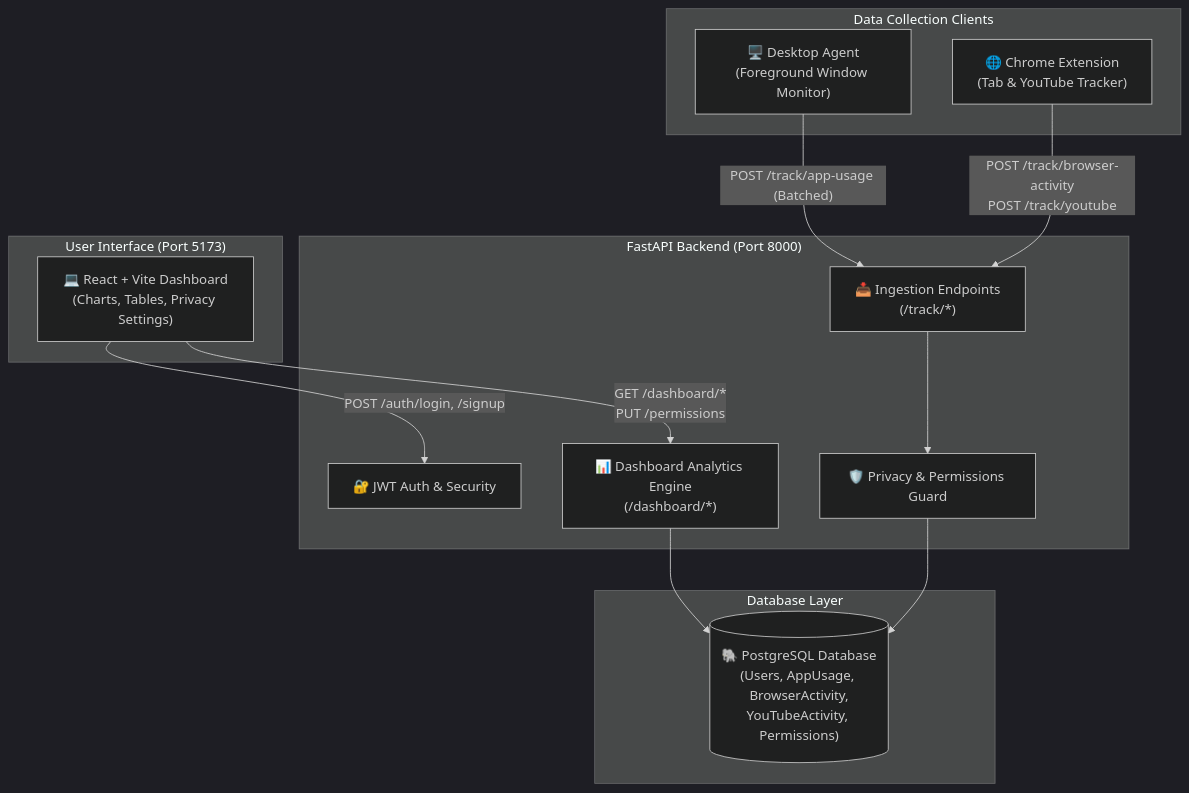
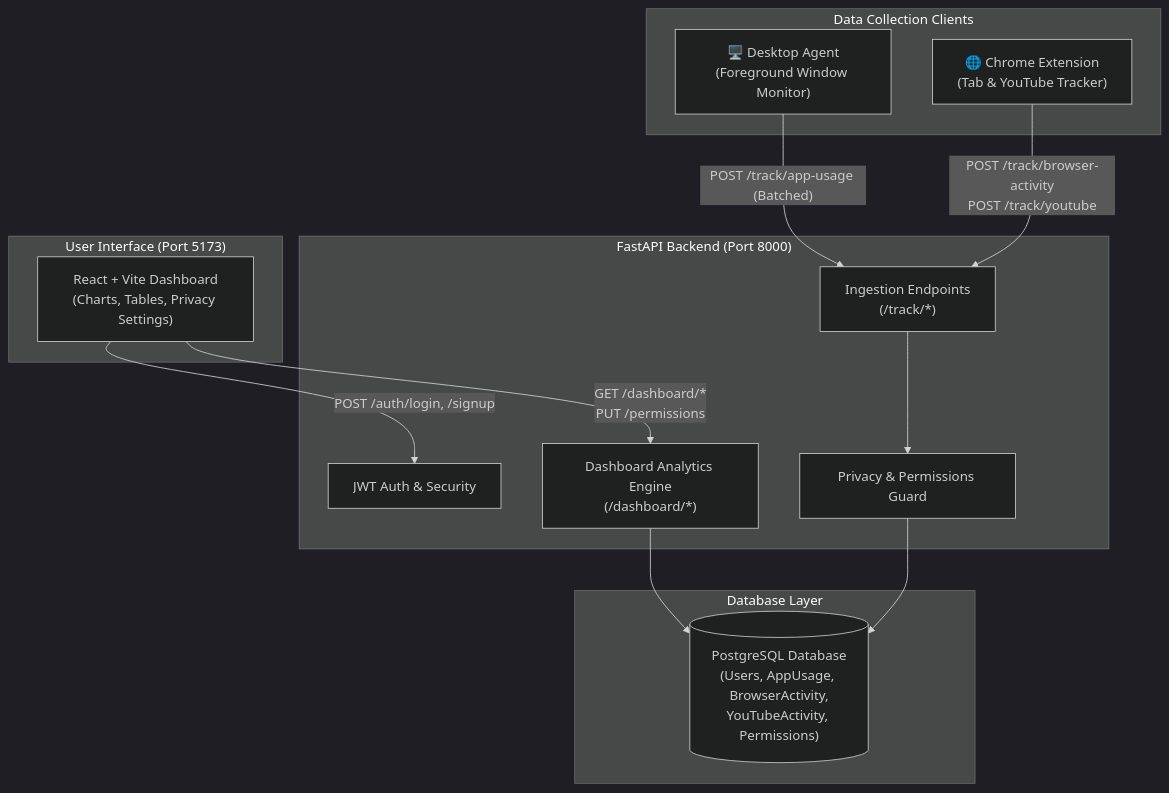
The diagram in README.md (poojakp2003/Traceo), drawn with Mermaid (dark theme) before and after one commit. The commit also changed other lines of this file, not shown here.

````diff
--- a/README.md
+++ b/README.md
@@ -39,31 +39,31 @@
 ```mermaid
 flowchart TD
     subgraph Clients["Data Collection Clients"]
         DA["🖥️ Desktop Agent\n(Foreground Window Monitor)"]
         CE["🌐 Chrome Extension\n(Tab & YouTube Tracker)"]
     end
 
     subgraph Server["FastAPI Backend (Port 8000)"]
-        AUTH["🔐 JWT Auth & Security"]
-        PERM["🛡️ Privacy & Permissions Guard"]
-        INGEST["📥 Ingestion Endpoints\n(/track/*)"]
-        DASH_API["📊 Dashboard Analytics Engine\n(/dashboard/*)"]
+        AUTH["JWT Auth & Security"]
+        PERM["Privacy & Permissions Guard"]
+        INGEST["Ingestion Endpoints\n(/track/*)"]
+        DASH_API["Dashboard Analytics Engine\n(/dashboard/*)"]
     end
 
     subgraph Storage["Database Layer"]
-        DB[("🐘 PostgreSQL Database\n(Users, AppUsage, BrowserActivity,\nYouTubeActivity, Permissions)")]
+        DB[("PostgreSQL Database\n(Users, AppUsage, BrowserActivity,\nYouTubeActivity, Permissions)")]
     end
 
     subgraph UI["User Interface (Port 5173)"]
-        WEB["💻 React + Vite Dashboard\n(Charts, Tables, Privacy Settings)"]
+        WEB[" React + Vite Dashboard\n(Charts, Tables, Privacy Settings)"]
     end
 
     DA -- "POST /track/app-usage (Batched)" --> INGEST
     CE -- "POST /track/browser-activity\nPOST /track/youtube" --> INGEST
     INGEST --> PERM
     PERM --> DB
 
     WEB -- "POST /auth/login, /signup" --> AUTH
     WEB -- "GET /dashboard/*\nPUT /permissions" --> DASH_API
     DASH_API --> DB
 ```
````
